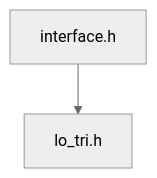
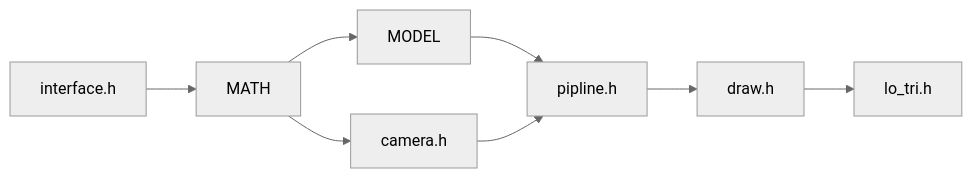
The first of 2 diagrams in src/jasmin/lo_tri/README.md (ShilianShen/Jasmin), drawn with Mermaid (neutral theme) before and after one commit. The commit also changed other lines of this file and 36 other files, not shown here.

````diff
--- a/src/jasmin/lo_tri/README.md
+++ b/src/jasmin/lo_tri/README.md
@@ -2,4 +3,7 @@
 ```mermaid
-graph 
-    interface.h --> lo_tri.h
+graph LR
+    interface.h --> MATH
+    MATH --> MODEL --> pipline.h
+    MATH -->camera.h --> pipline.h
+    pipline.h --> draw.h --> lo_tri.h
 ```
````
